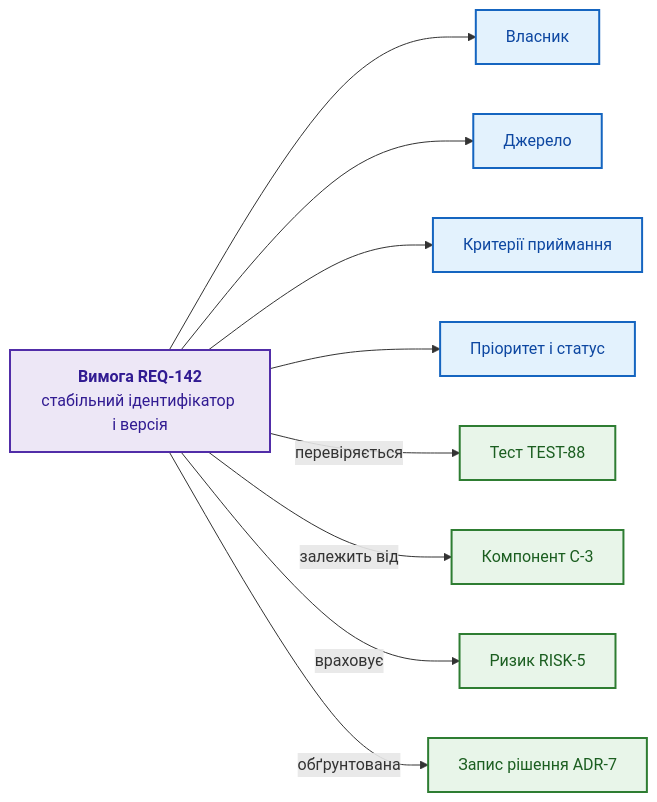
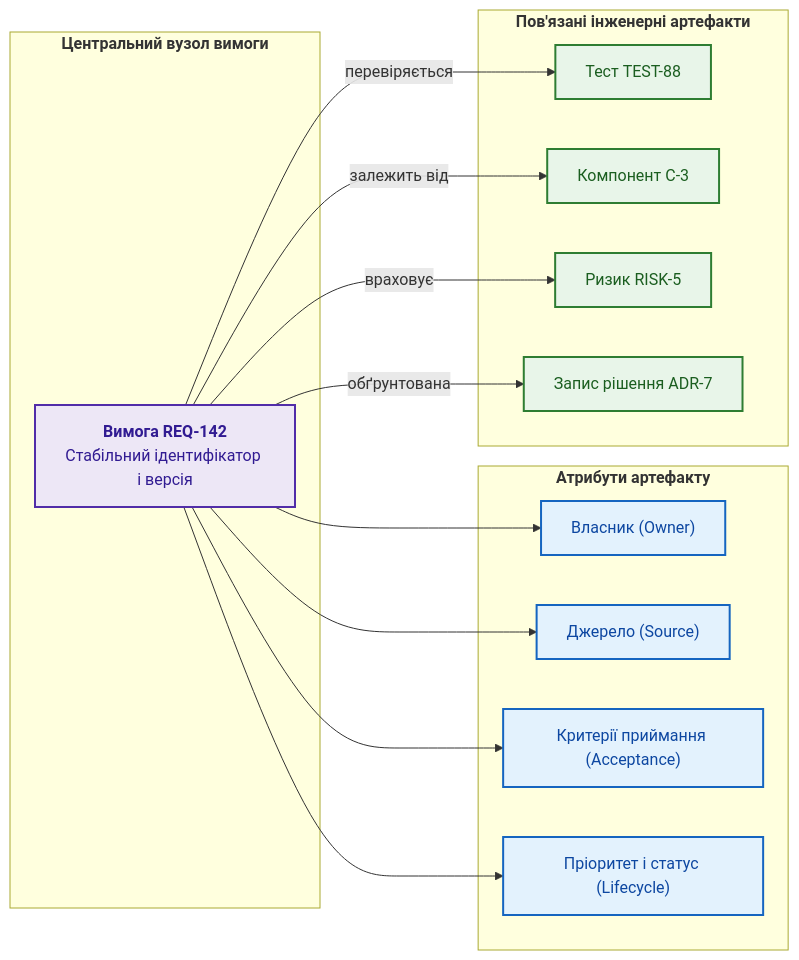
Before and after one commit to nick-fedchik/articles: the first of 10 diagrams in ExpertSystem/ch08-engineering-artifacts-as-data.md, drawn with Mermaid. The commit also changed other lines of this file and 1 other file, not shown here.

Commit message:
docs(ch08): modernize legacy Mermaid diagrams to publication-grade flowchart and sync registry

````diff
--- a/ExpertSystem/ch08-engineering-artifacts-as-data.md
+++ b/ExpertSystem/ch08-engineering-artifacts-as-data.md
@@ -74,27 +74,40 @@
 ```mermaid
-graph LR
+flowchart LR
     accTitle: Вимога як вузол інженерного графа
     accDescr: Вимога REQ-142 має атрибути власника, джерела, критеріїв приймання, пріоритету й статусу та зв'язки з тестом, компонентом, ризиком і записом рішення.
 
-    R["<b>Вимога REQ-142</b><br/>стабільний ідентифікатор і версія"]
-    O["Власник"]
-    S["Джерело"]
-    A["Критерії приймання"]
-    P["Пріоритет і статус"]
+    subgraph ReqCore["<b>Центральний вузол вимоги</b>"]
+        R["<b>Вимога REQ-142</b><br/>Стабільний ідентифікатор і версія"]
+    end
+
+    subgraph ReqAttrs["<b>Атрибути артефакту</b>"]
+        O["Власник (Owner)"]
+        S["Джерело (Source)"]
+        A["Критерії приймання (Acceptance)"]
+        P["Пріоритет і статус (Lifecycle)"]
+    end
+
+    subgraph LinkedArtifacts["<b>Пов'язані інженерні артефакти</b>"]
+        T["Тест TEST-88"]
+        C["Компонент C-3"]
+        K["Ризик RISK-5"]
+        D["Запис рішення ADR-7"]
+    end
+
     R --> O
     R --> S
     R --> A
     R --> P
-    R -->|"перевіряється"| T["Тест TEST-88"]
-    R -->|"залежить від"| C["Компонент C-3"]
-    R -->|"враховує"| K["Ризик RISK-5"]
-    R -->|"обґрунтована"| D["Запис рішення ADR-7"]
+    R -->|"перевіряється"| T
+    R -->|"залежить від"| C
+    R -->|"враховує"| K
+    R -->|"обґрунтована"| D
 
     classDef req fill:#ede7f6,stroke:#512da8,stroke-width:2px,color:#311b92;
     classDef attr fill:#e3f2fd,stroke:#1565c0,stroke-width:2px,color:#0d47a1;
     classDef linked fill:#e8f5e9,stroke:#2e7d32,stroke-width:2px,color:#1b5e20;
 
     class R req;
     class O,S,A,P attr;
     class T,C,K,D linked;
 ```
````
